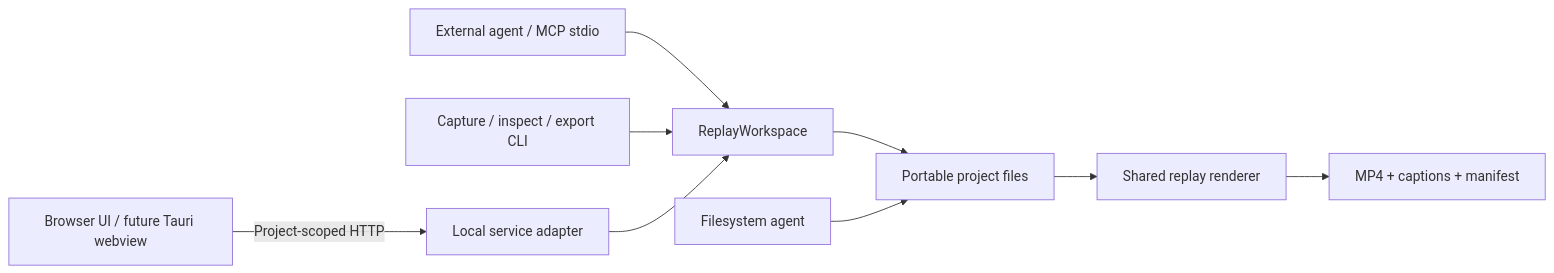
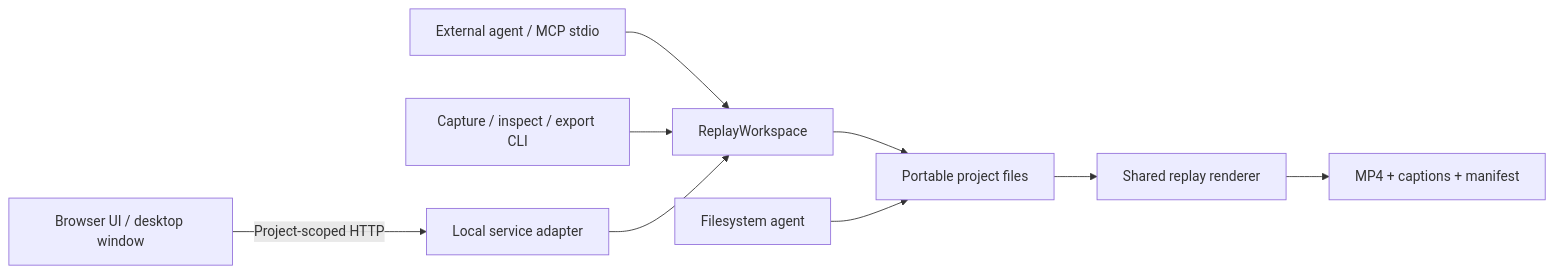
The diagram in apps/studio/ARCHITECTURE.md (oaiz-io/demohunter), drawn with Mermaid before and after one commit. The commit also changed other lines of this file and 24 other files, not shown here.

````diff
--- a/apps/studio/ARCHITECTURE.md
+++ b/apps/studio/ARCHITECTURE.md
@@ -5,11 +5,11 @@
 ```mermaid
 flowchart LR
-  UI[Browser UI / future Tauri webview] -->|Project-scoped HTTP| HTTP[Local service adapter]
+  UI[Browser UI / desktop window] -->|Project-scoped HTTP| HTTP[Local service adapter]
   MCP[External agent / MCP stdio] --> WS[ReplayWorkspace]
   CLI[Capture / inspect / export CLI] --> WS
   HTTP --> WS
   WS --> Files[Portable project files]
   Direct[Filesystem agent] --> Files
   Files --> Renderer[Shared replay renderer]
   Renderer --> MP4[MP4 + captions + manifest]
 ```
````
